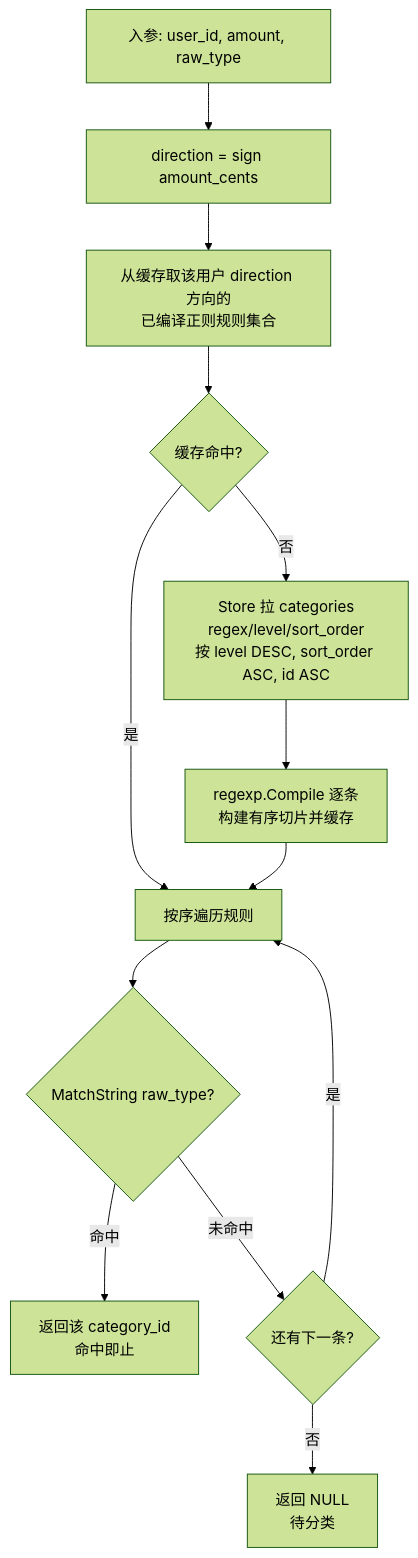
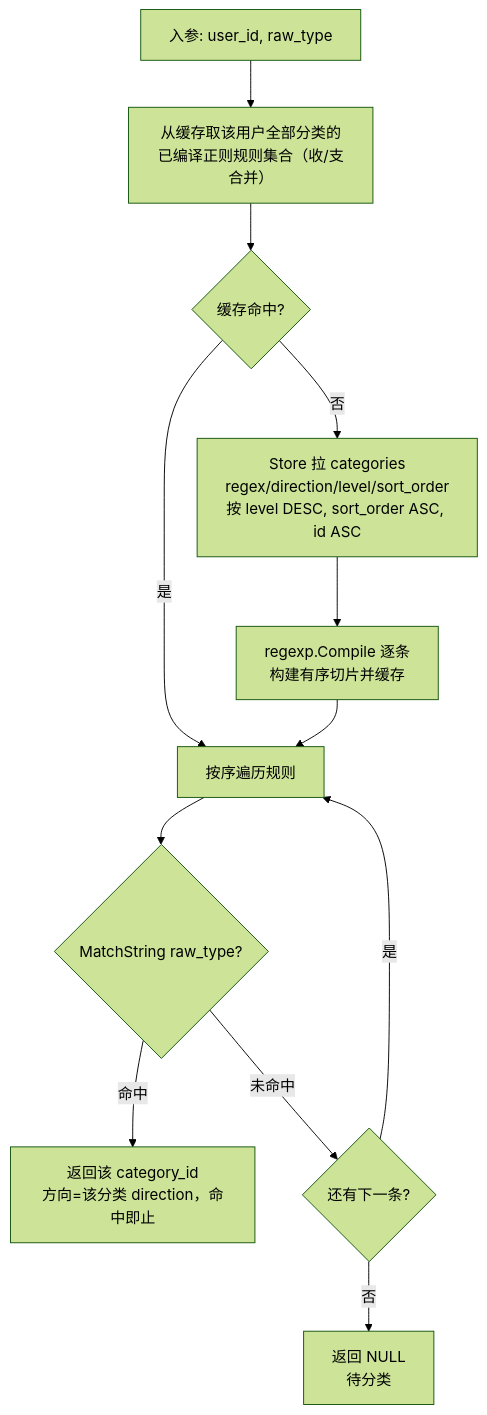
Before and after one commit to mutouyun/almanac: the third of 3 diagrams in docs/ledger_tech_design.md, drawn with Mermaid (forest theme). The commit also changed other lines of this file and 2 other files, not shown here.

First line of the commit message:
docs(ledger): direction from category, amount unsigned (Plan B)

````diff
--- a/docs/ledger_tech_design.md
+++ b/docs/ledger_tech_design.md
@@ -196,15 +201,14 @@
 ```mermaid
 flowchart TD
-    A[入参: user_id, amount, raw_type] --> B[direction = sign amount_cents]
-    B --> C[从缓存取该用户 direction 方向的\n已编译正则规则集合]
+    A[入参: user_id, raw_type] --> C[从缓存取该用户全部分类的\n已编译正则规则集合（收/支合并）]
     C --> D{缓存命中?}
-    D -- 否 --> E[Store 拉 categories\nregex/level/sort_order\n按 level DESC, sort_order ASC, id ASC]
+    D -- 否 --> E[Store 拉 categories\nregex/direction/level/sort_order\n按 level DESC, sort_order ASC, id ASC]
     E --> F[regexp.Compile 逐条\n构建有序切片并缓存]
     D -- 是 --> G
     F --> G[按序遍历规则]
     G --> H{MatchString raw_type?}
-    H -- 命中 --> I[返回该 category_id\n命中即止]
+    H -- 命中 --> I[返回该 category_id\n方向=该分类 direction，命中即止]
     H -- 未命中 --> J{还有下一条?}
     J -- 是 --> G
     J -- 否 --> K[返回 NULL\n待分类]
 ```
````
